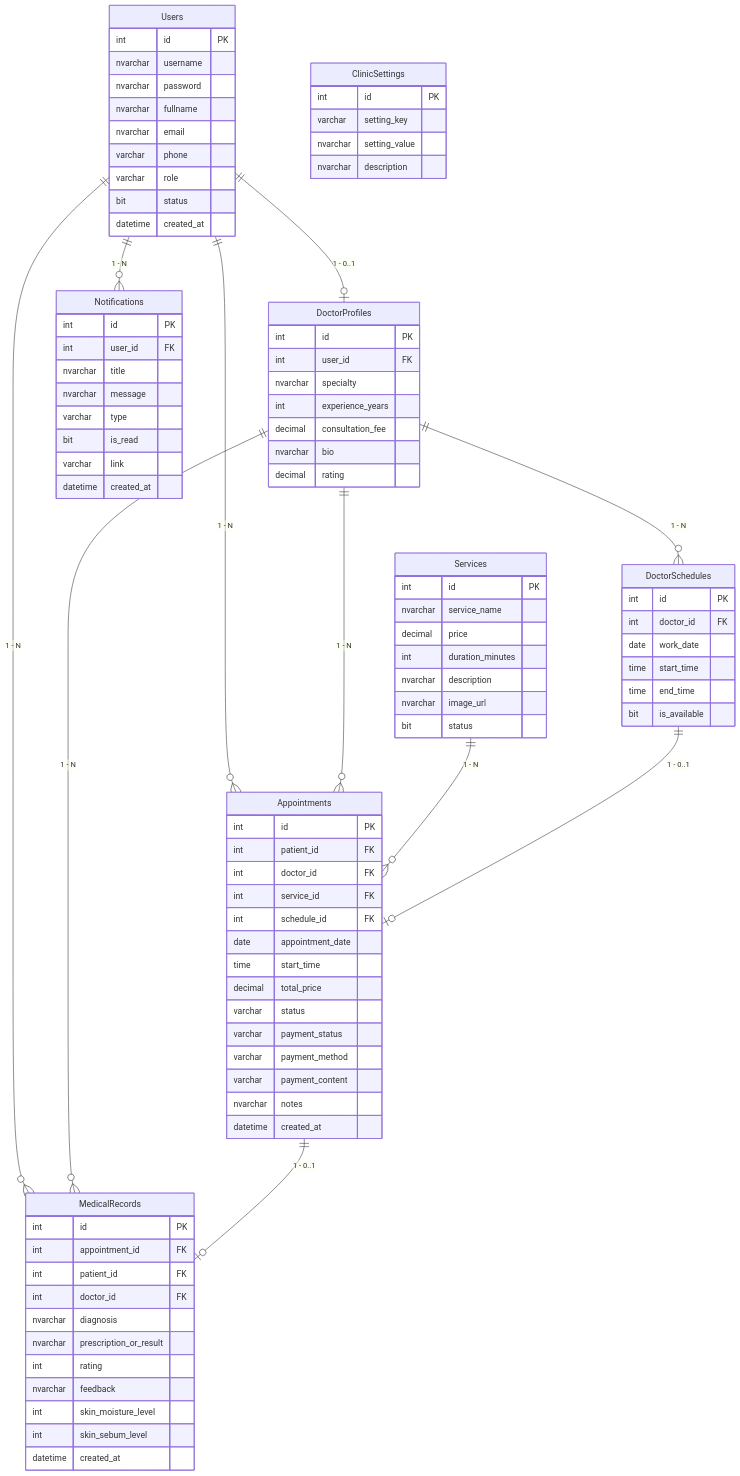
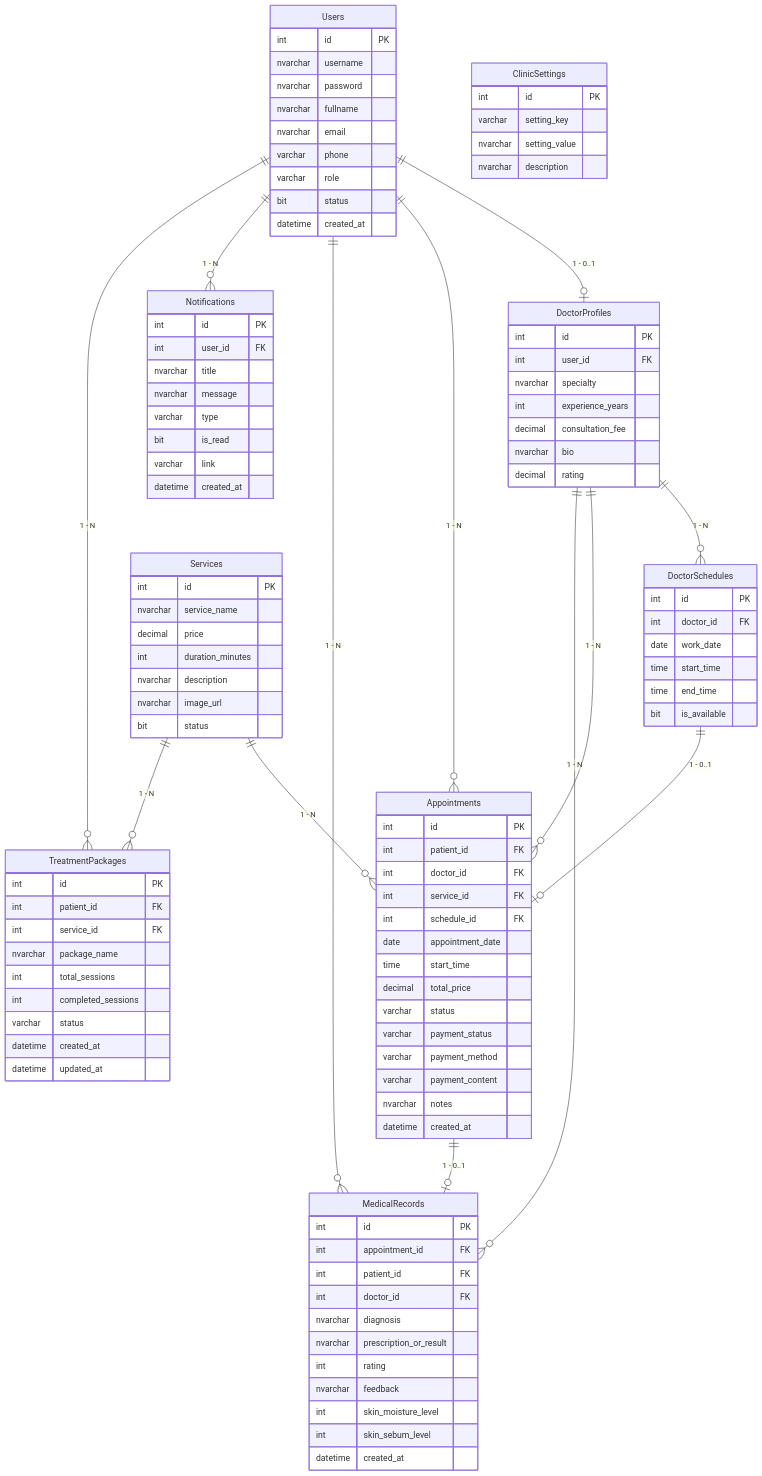
The diagram in README.md (Duykhobo/PRJ301_Clinic), drawn with Mermaid before and after one commit. The commit also changed other lines of this file and 1 other file, not shown here.

```diff
--- a/README.md
+++ b/README.md
@@ -140,12 +82,14 @@
     Users ||--o{ Appointments : "1 - N"
     Users ||--o{ MedicalRecords : "1 - N"
     Users ||--o{ Notifications : "1 - N"
+    Users ||--o{ TreatmentPackages : "1 - N"
 
     DoctorProfiles ||--o{ DoctorSchedules : "1 - N"
     DoctorProfiles ||--o{ Appointments : "1 - N"
     DoctorProfiles ||--o{ MedicalRecords : "1 - N"
 
     Services ||--o{ Appointments : "1 - N"
+    Services ||--o{ TreatmentPackages : "1 - N"
     DoctorSchedules ||--o| Appointments : "1 - 0..1"
     Appointments ||--o| MedicalRecords : "1 - 0..1"
 
@@ -221,6 +165,18 @@
         datetime created_at
     }
 
+    TreatmentPackages {
+        int id PK
+        int patient_id FK
+        int service_id FK
+        nvarchar package_name
+        int total_sessions
+        int completed_sessions
+        varchar status
+        datetime created_at
+        datetime updated_at
+    }
+
     Notifications {
         int id PK
         int user_id FK
```
